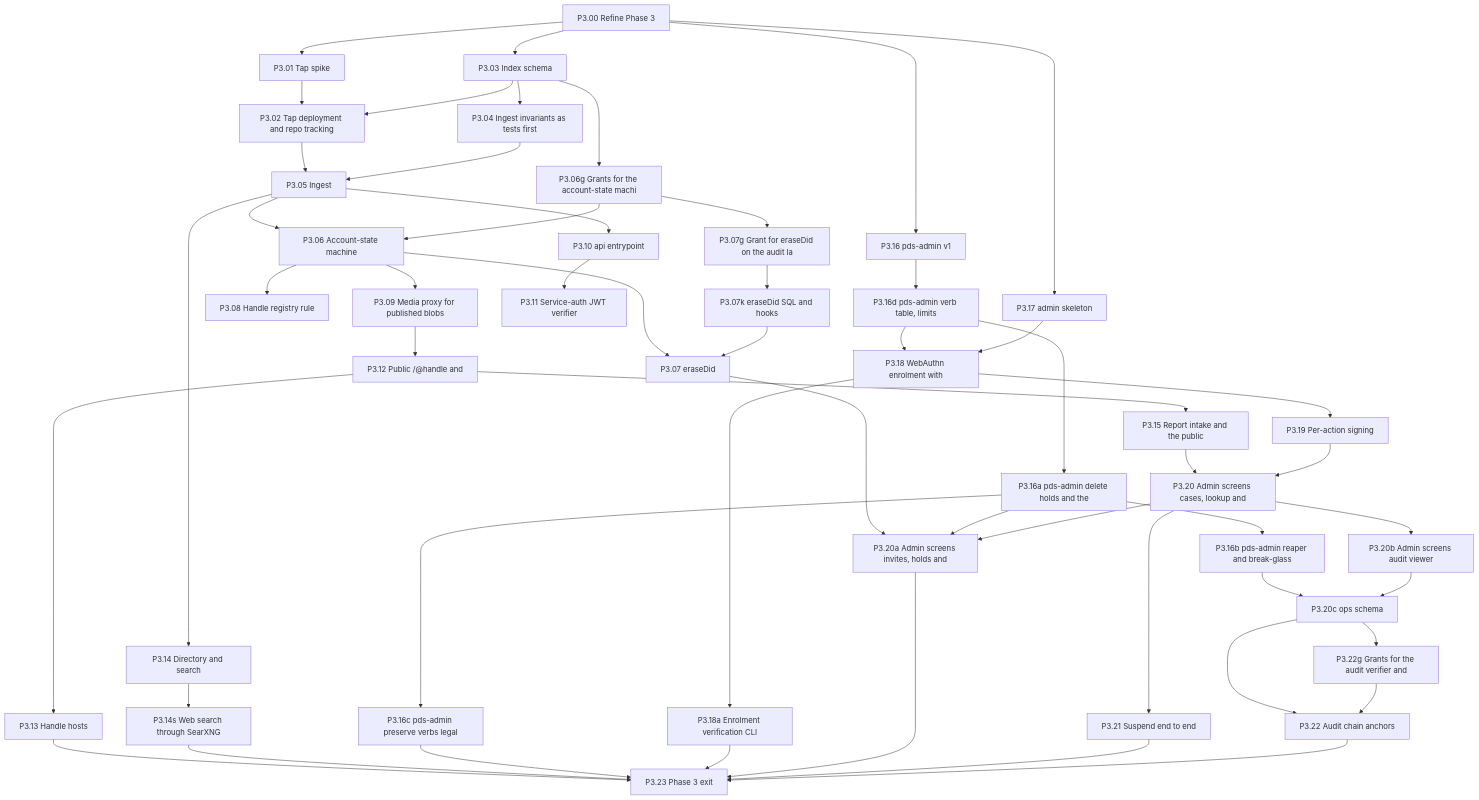
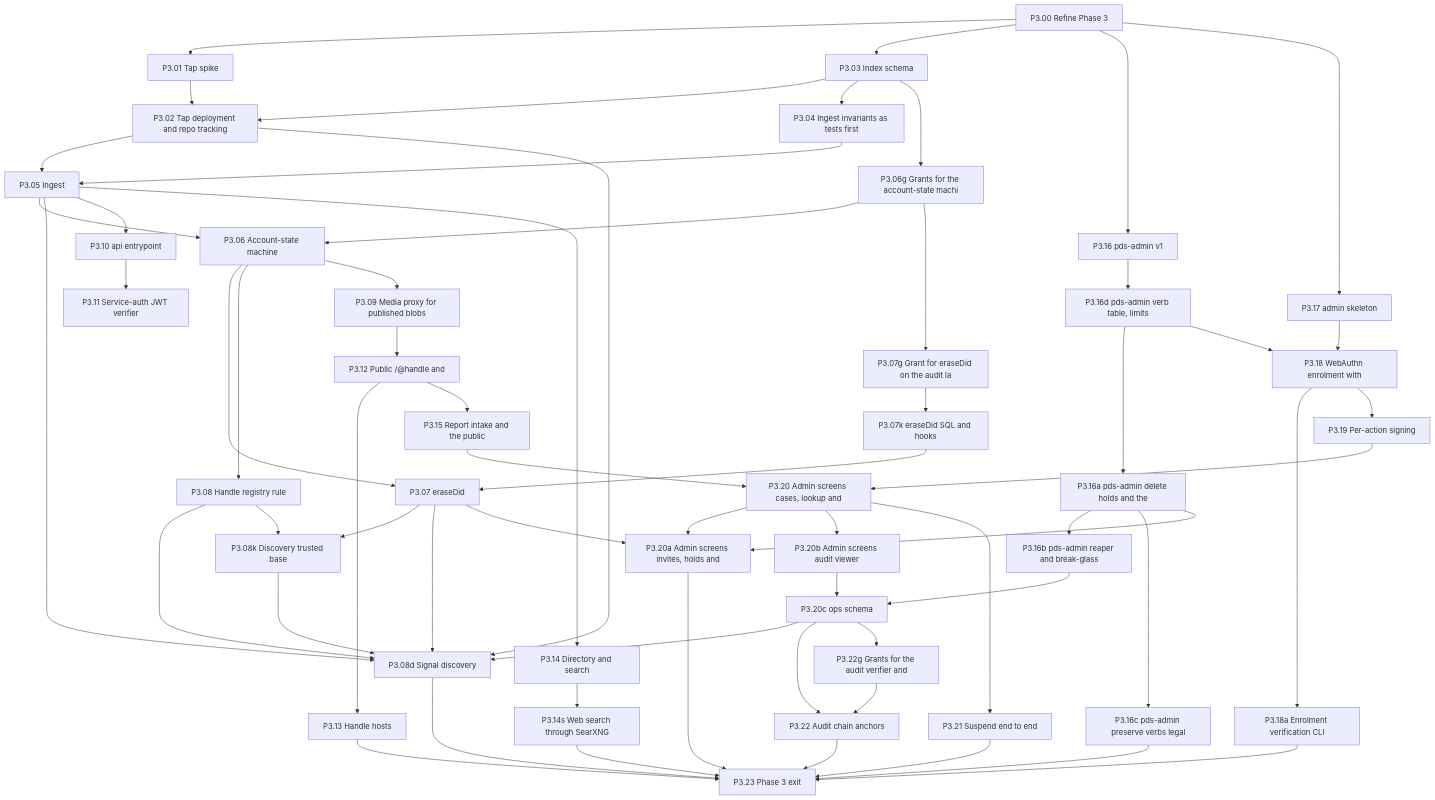
The sixth of 11 diagrams in docs/ai/book/01-outline.md (Undefined6799/unset), drawn with Mermaid before and after one commit. The commit also changed other lines of this file and 7 other files, not shown here.

```diff
--- a/docs/ai/book/01-outline.md
+++ b/docs/ai/book/01-outline.md
@@ -1707,6 +1709,8 @@
   P3_07k["P3.07k eraseDid SQL and hooks"]
   P3_07g["P3.07g Grant for eraseDid on the audit la"]
   P3_08["P3.08 Handle registry rule"]
+  P3_08k["P3.08k Discovery trusted base"]
+  P3_08d["P3.08d Signal discovery"]
   P3_09["P3.09 Media proxy for published blobs"]
   P3_10["P3.10 api entrypoint"]
   P3_11["P3.11 Service-auth JWT verifier"]
@@ -1742,6 +1746,15 @@
   P3_05 --> P3_06
   P3_06 --> P3_07
   P3_06 --> P3_08
+  P3_08 --> P3_08d
+  P3_08 --> P3_08k
+  P3_07 --> P3_08k
+  P3_08k --> P3_08d
+  P3_02 --> P3_08d
+  P3_05 --> P3_08d
+  P3_20c --> P3_08d
+  P3_07 --> P3_08d
+  P3_08d --> P3_23
   P3_06 --> P3_09
   P3_05 --> P3_10
   P3_10 --> P3_11
```
